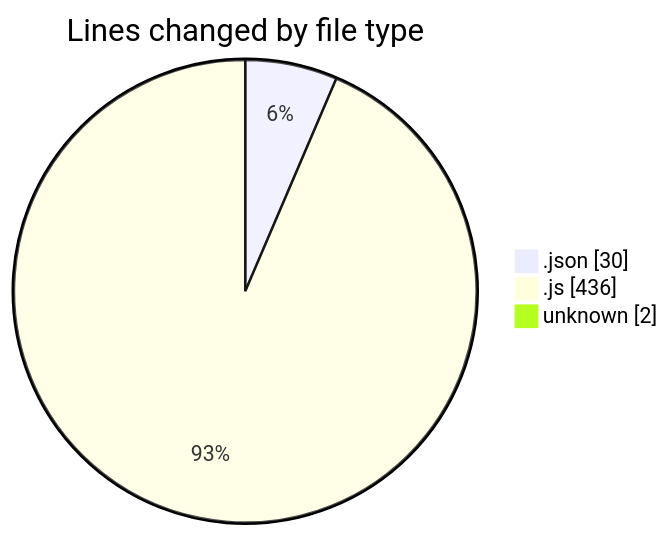
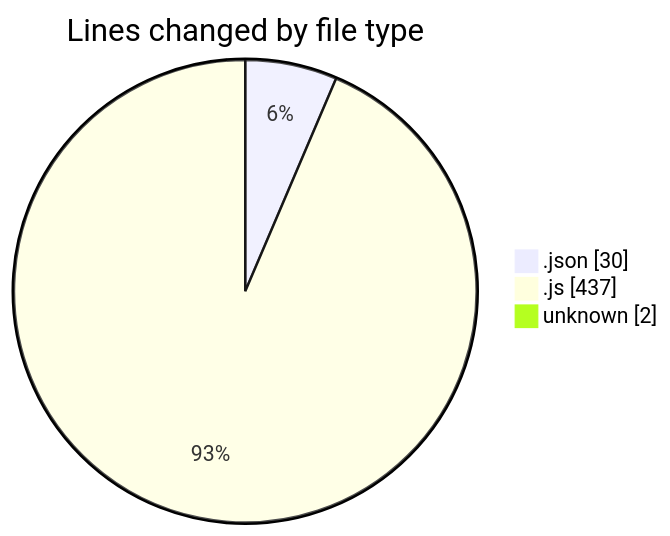
Before and after one commit to Ritupan-Deka/code-tracking: the first of 2 diagrams in 2025-07-16/mern-workoutboard/README.md, drawn with Mermaid. The commit also changed other lines of this file and 1 other file, not shown here.

````diff
--- a/2025-07-16/mern-workoutboard/README.md
+++ b/2025-07-16/mern-workoutboard/README.md
@@ -24,7 +24,7 @@
 ```mermaid
 pie showData
 title Lines changed by file type
 ".json" : 30
-".js" : 436
+".js" : 437
 "unknown" : 2
 ```
````
